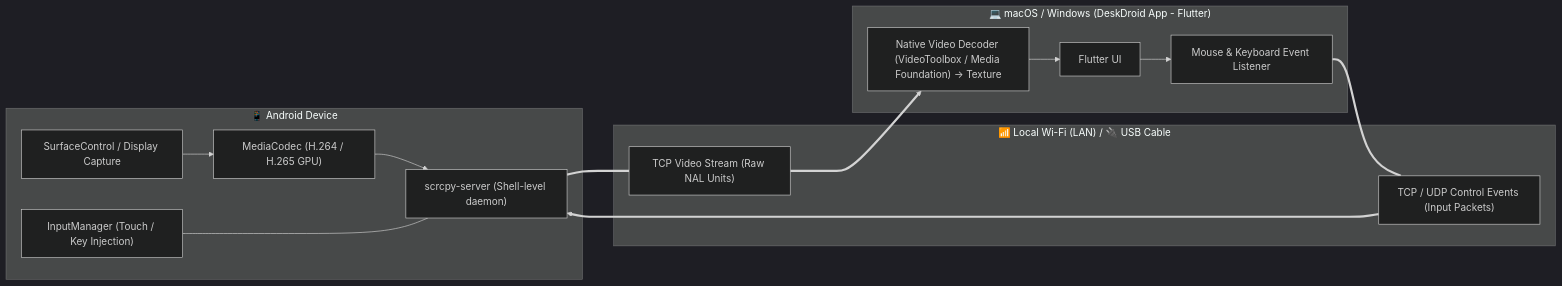
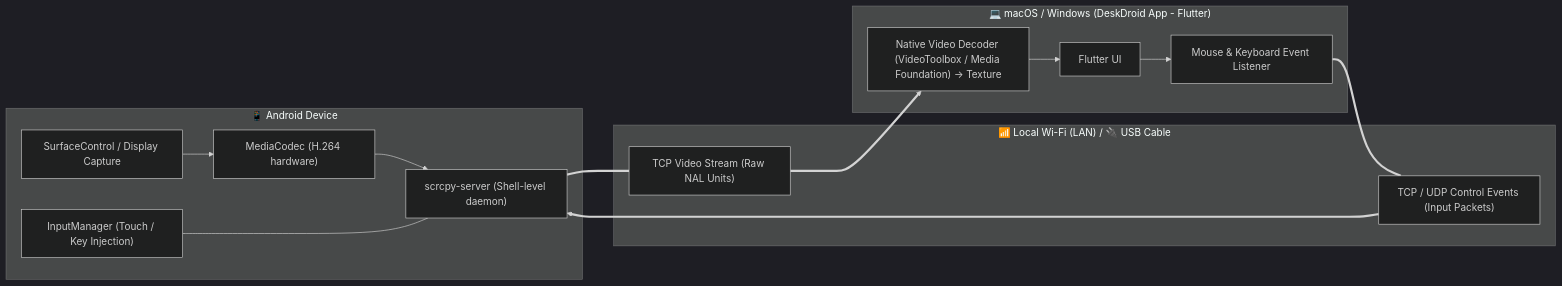
The diagram in README.md (az-coder-123/azdroid), drawn with Mermaid (dark theme) before and after one commit. The commit also changed other lines of this file and 6 other files, not shown here.

````diff
--- a/README.md
+++ b/README.md
@@ -160,21 +160,21 @@
 ```mermaid
 flowchart LR
     subgraph AndroidDevice ["📱 Android Device"]
-        A1["SurfaceControl / Display Capture"] --> A2["MediaCodec (H.264 / H.265 GPU)"]
+        A1["SurfaceControl / Display Capture"] --> A2["MediaCodec (H.264 hardware)"]
         A2 --> A3["scrcpy-server (Shell-level daemon)"]
         A4["InputManager (Touch / Key Injection)"] <--- A3
     end
 
     subgraph Transport ["📶 Local Wi-Fi (LAN) / 🔌 USB Cable"]
         V_STREAM["TCP Video Stream (Raw NAL Units)"]
         C_SOCKET["TCP / UDP Control Events (Input Packets)"]
     end
 
     subgraph DesktopApp ["💻 macOS / Windows (DeskDroid App - Flutter)"]
         M1["Flutter UI"] --> M2["Mouse & Keyboard Event Listener"]
         M3["Native Video Decoder (VideoToolbox / Media Foundation) → Texture"] --> M1
     end
 
     A3 === V_STREAM ===> M3
     M2 === C_SOCKET ===> A3
 ```
````
